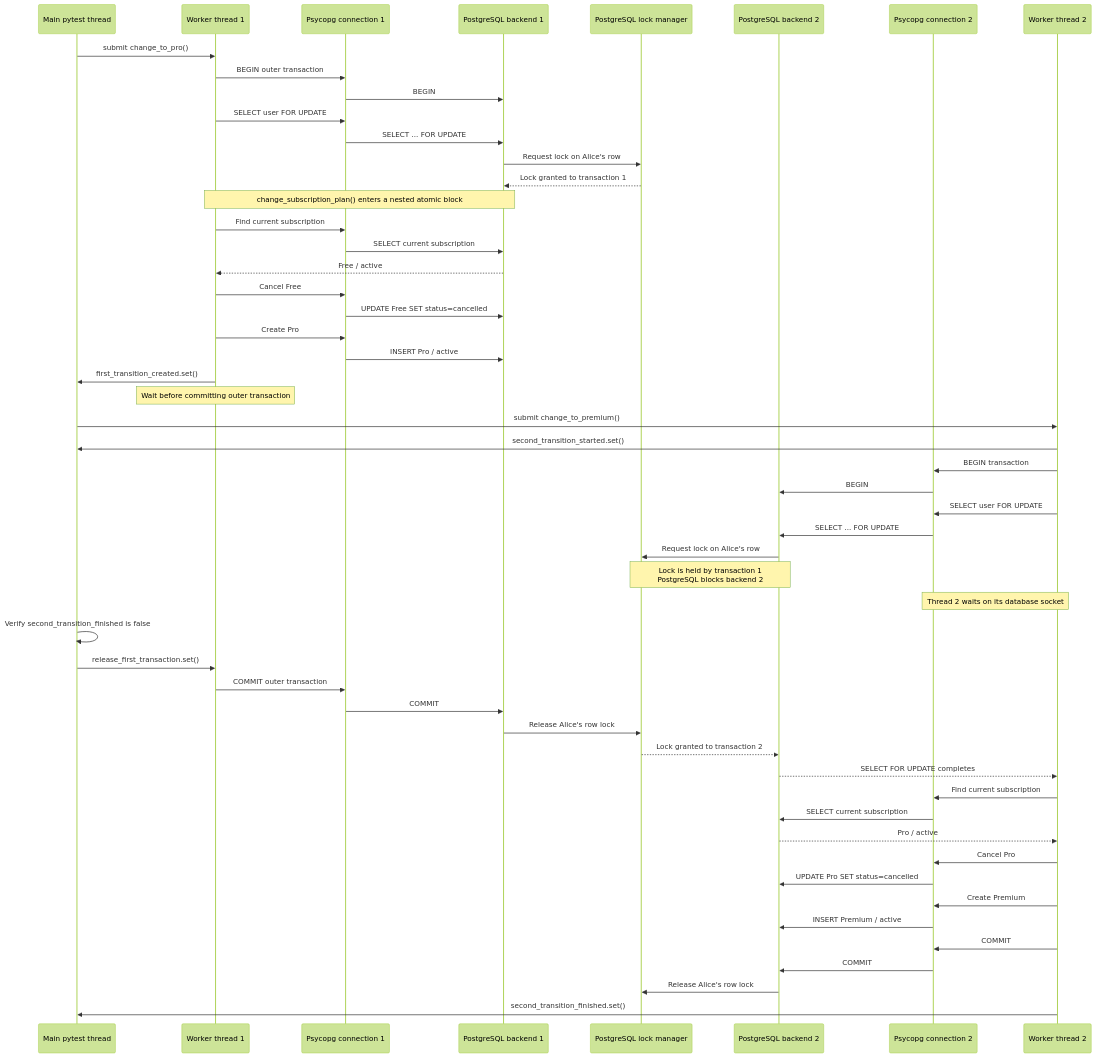
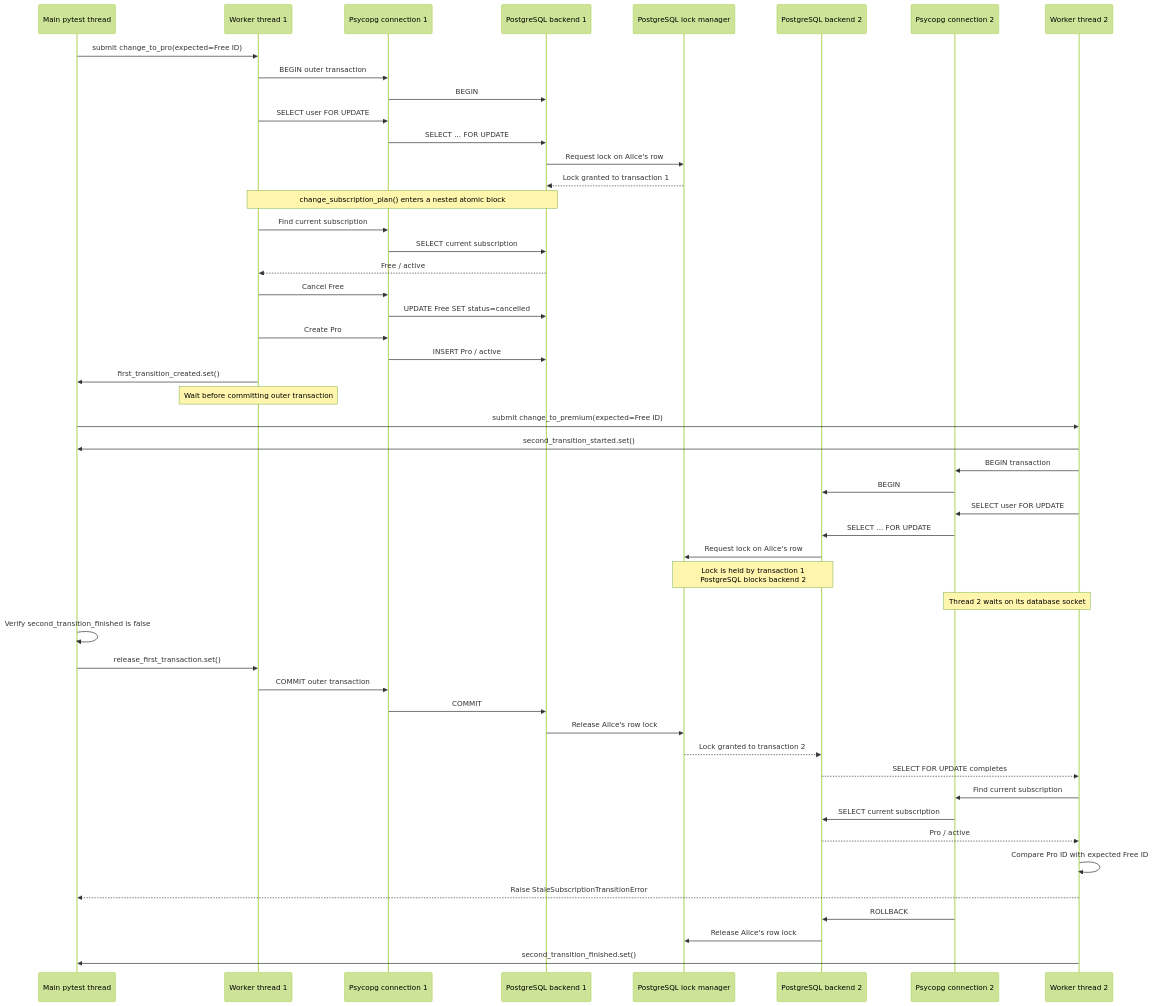
The second of 2 diagrams in reference_docs/knowledge/37-subscription-transition-concurrency.md (elvisrepo/long), drawn with Mermaid (forest theme) before and after one commit. The commit also changed other lines of this file and 7 other files, not shown here.

````diff
--- a/reference_docs/knowledge/37-subscription-transition-concurrency.md
+++ b/reference_docs/knowledge/37-subscription-transition-concurrency.md
@@ -90,75 +93,70 @@
 ```mermaid
 sequenceDiagram
     participant M as Main pytest thread
     participant T1 as Worker thread 1
     participant C1 as Psycopg connection 1
     participant P1 as PostgreSQL backend 1
     participant L as PostgreSQL lock manager
     participant P2 as PostgreSQL backend 2
     participant C2 as Psycopg connection 2
     participant T2 as Worker thread 2
 
-    M->>T1: submit change_to_pro()
+    M->>T1: submit change_to_pro(expected=Free ID)
 
     T1->>C1: BEGIN outer transaction
     C1->>P1: BEGIN
 
     T1->>C1: SELECT user FOR UPDATE
     C1->>P1: SELECT ... FOR UPDATE
     P1->>L: Request lock on Alice's row
     L-->>P1: Lock granted to transaction 1
 
     Note over T1,P1: change_subscription_plan() enters a nested atomic block
 
     T1->>C1: Find current subscription
     C1->>P1: SELECT current subscription
     P1-->>T1: Free / active
 
     T1->>C1: Cancel Free
     C1->>P1: UPDATE Free SET status=cancelled
 
     T1->>C1: Create Pro
     C1->>P1: INSERT Pro / active
 
     T1->>M: first_transition_created.set()
     Note over T1: Wait before committing outer transaction
 
-    M->>T2: submit change_to_premium()
+    M->>T2: submit change_to_premium(expected=Free ID)
     T2->>M: second_transition_started.set()
 
     T2->>C2: BEGIN transaction
     C2->>P2: BEGIN
 
     T2->>C2: SELECT user FOR UPDATE
     C2->>P2: SELECT ... FOR UPDATE
     P2->>L: Request lock on Alice's row
 
     Note over P2,L: Lock is held by transaction 1<br/>PostgreSQL blocks backend 2
     Note over T2,C2: Thread 2 waits on its database socket
 
     M->>M: Verify second_transition_finished is false
     M->>T1: release_first_transaction.set()
 
     T1->>C1: COMMIT outer transaction
     C1->>P1: COMMIT
     P1->>L: Release Alice's row lock
 
     L-->>P2: Lock granted to transaction 2
     P2-->>T2: SELECT FOR UPDATE completes
 
     T2->>C2: Find current subscription
     C2->>P2: SELECT current subscription
     P2-->>T2: Pro / active
 
-    T2->>C2: Cancel Pro
-    C2->>P2: UPDATE Pro SET status=cancelled
-
-    T2->>C2: Create Premium
-    C2->>P2: INSERT Premium / active
-
-    T2->>C2: COMMIT
-    C2->>P2: COMMIT
+    T2->>T2: Compare Pro ID with expected Free ID
+    T2-->>M: Raise StaleSubscriptionTransitionError
+    C2->>P2: ROLLBACK
     P2->>L: Release Alice's row lock
 
     T2->>M: second_transition_finished.set()
 ```
````
